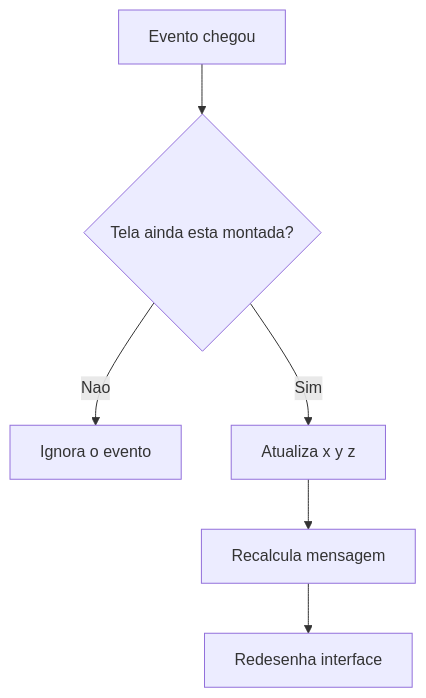
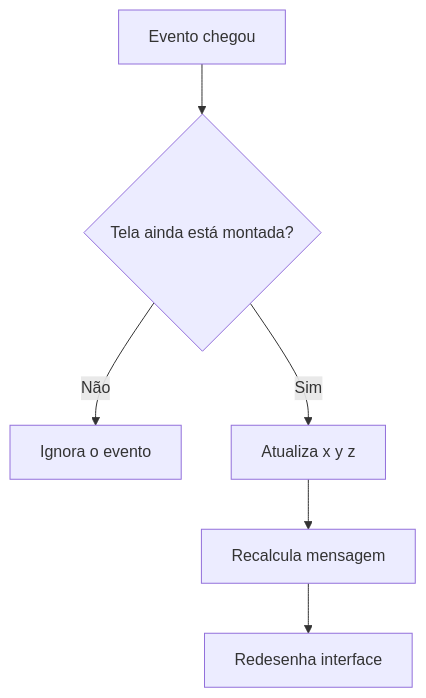
One commit to prof-gustavo-villalta/self changed diagram 11 of 17 in courses/2026-1-DS-Prog-Aplicativos-Mobile-II-Novotec-Noturno/aulas/aula-11.md. Above: the diagram before and after it, drawn with Mermaid. The commit also changed other lines of this file and 6 other files, not shown here.

````diff
--- a/courses/2026-1-DS-Prog-Aplicativos-Mobile-II-Novotec-Noturno/aulas/aula-11.md
+++ b/courses/2026-1-DS-Prog-Aplicativos-Mobile-II-Novotec-Noturno/aulas/aula-11.md
@@ -719,8 +719,8 @@
 ```mermaid
 flowchart TD
-    A[Evento chegou] --> B{Tela ainda esta montada?}
-    B -->|Nao| C[Ignora o evento]
+    A[Evento chegou] --> B{Tela ainda está montada?}
+    B -->|Não| C[Ignora o evento]
     B -->|Sim| D[Atualiza x y z]
     D --> E[Recalcula mensagem]
     E --> F[Redesenha interface]
 ```
````
